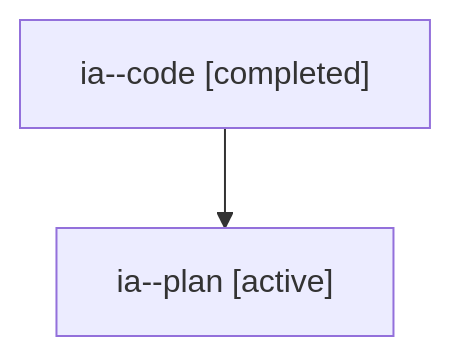
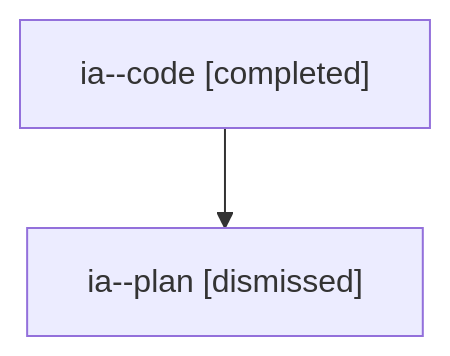
One commit to sase-org/sase--agents changed the diagram in sessions/bbugyi200.athena.ia.md. Above: the diagram before and after it, drawn with Mermaid. The commit also changed other lines of this file and 33 other files, not shown here.

````diff
--- a/sessions/bbugyi200.athena.ia.md
+++ b/sessions/bbugyi200.athena.ia.md
@@ -9,6 +9,6 @@
 ```mermaid
 flowchart TD
   n0["ia--code [completed]"]
-  n1["ia--plan [active]"]
+  n1["ia--plan [dismissed]"]
   n0 --> n1
 ```
````
